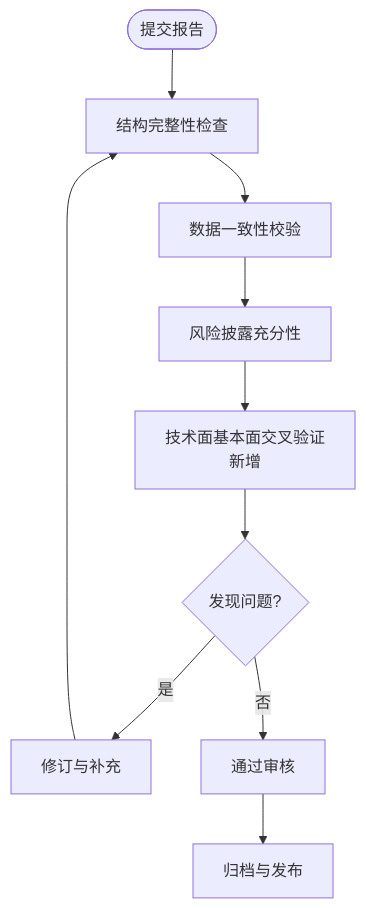
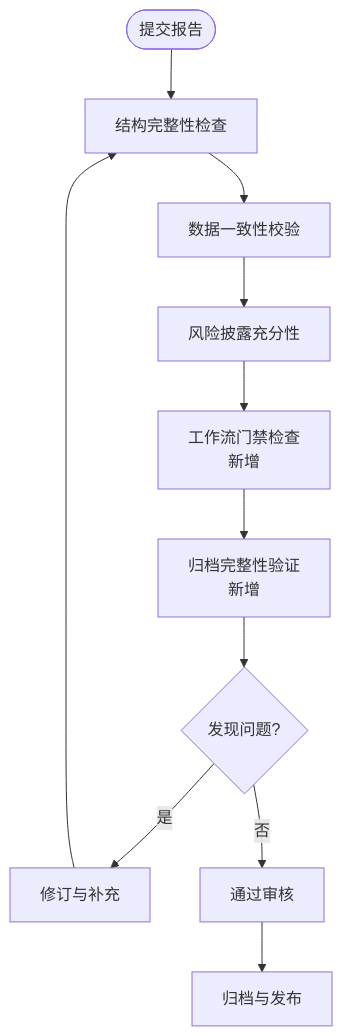
One commit to Ted-Engineer/ai-berkshire changed the seventh of 9 diagrams in .qoder/repowiki/zh/content/报告生成系统/报告生成系统.md. Above: the diagram before and after it, drawn with Mermaid. The commit also changed other lines of this file and 76 other files, not shown here.

````diff
--- a/.qoder/repowiki/zh/content/报告生成系统/报告生成系统.md
+++ b/.qoder/repowiki/zh/content/报告生成系统/报告生成系统.md
@@ -403,12 +480,13 @@
 ```mermaid
 flowchart TD
 AStart(["提交报告"]) --> Check1["结构完整性检查"]
 Check1 --> Check2["数据一致性校验"]
 Check2 --> Check3["风险披露充分性"]
-Check3 --> Check4["技术面基本面交叉验证<br/>新增"]
-Check4 --> Issues{"发现问题?"}
+Check3 --> Check4["工作流门禁检查<br/>新增"]
+Check4 --> Check5["归档完整性验证<br/>新增"]
+Check5 --> Issues{"发现问题?"}
 Issues -- "是" --> Revise["修订与补充"]
 Issues -- "否" --> Approve["通过审核"]
 Revise --> Check1
 Approve --> Archive["归档与发布"]
 ```
````
